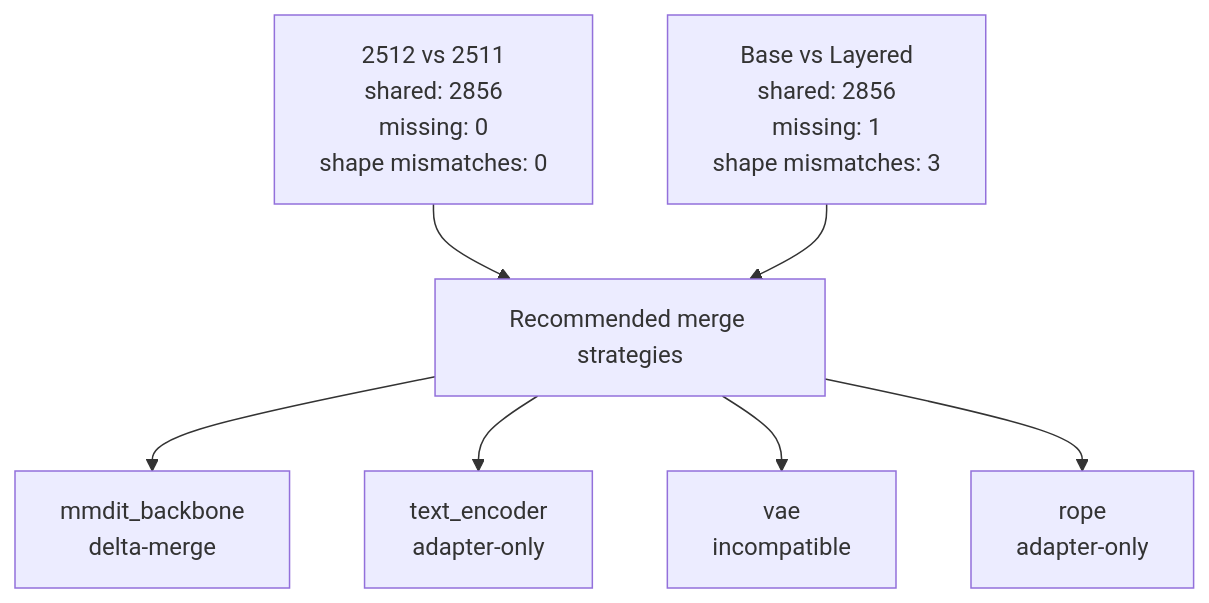
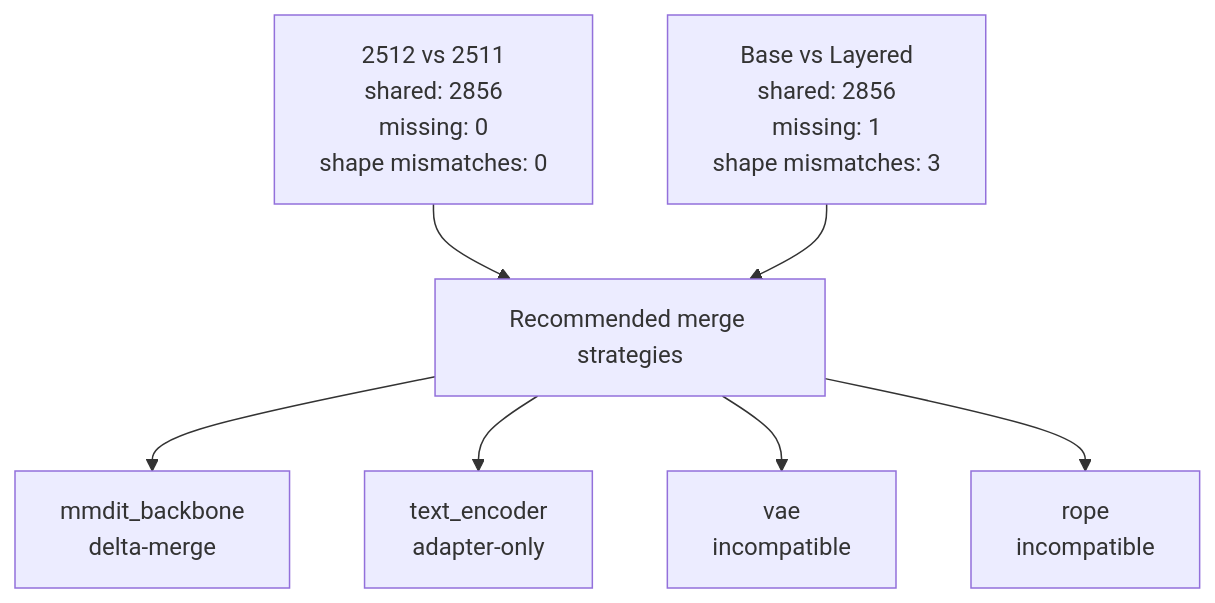
One commit to ziangziangziang/qwen-image-1.9 changed the diagram in reports/stage-1/summary.md. Above: the diagram before and after it, drawn with Mermaid. The commit also changed other lines of this file and 4 other files, not shown here.

````diff
--- a/reports/stage-1/summary.md
+++ b/reports/stage-1/summary.md
@@ -159,16 +438,16 @@
 ```mermaid
 flowchart TD
     A["2512 vs 2511\nshared: 2856\nmissing: 0\nshape mismatches: 0"]
     B["Base vs Layered\nshared: 2856\nmissing: 1\nshape mismatches: 3"]
     C["Recommended merge strategies"]
     S1["mmdit_backbone\ndelta-merge"]
     S2["text_encoder\nadapter-only"]
     S3["vae\nincompatible"]
-    S4["rope\nadapter-only"]
+    S4["rope\nincompatible"]
     A --> C
     B --> C
     C --> S1
     C --> S2
     C --> S3
     C --> S4
 ```
````
